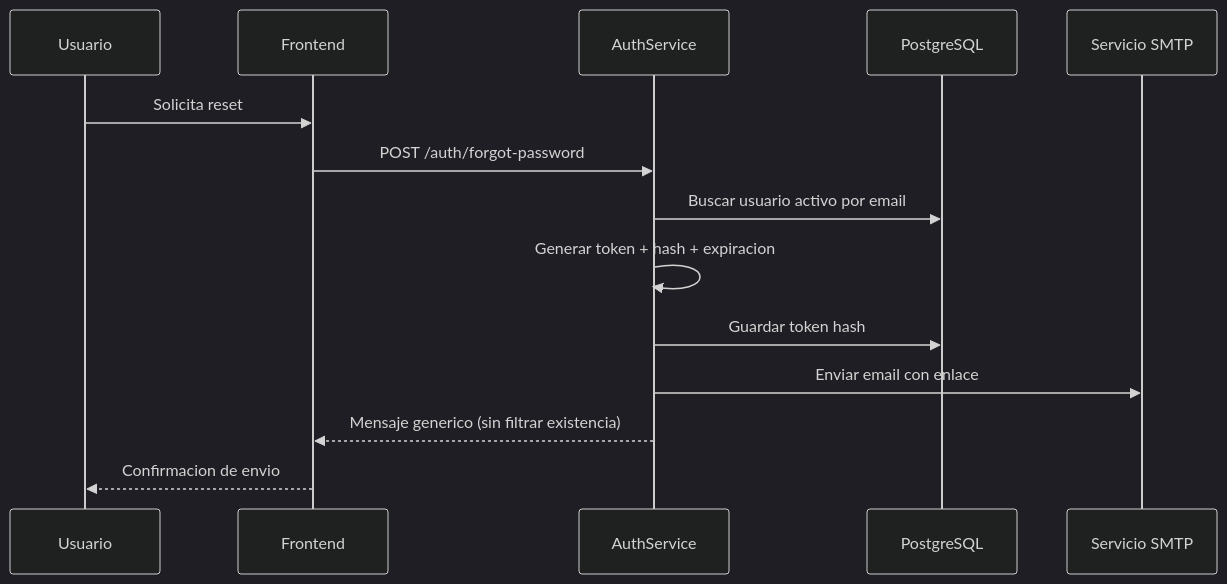
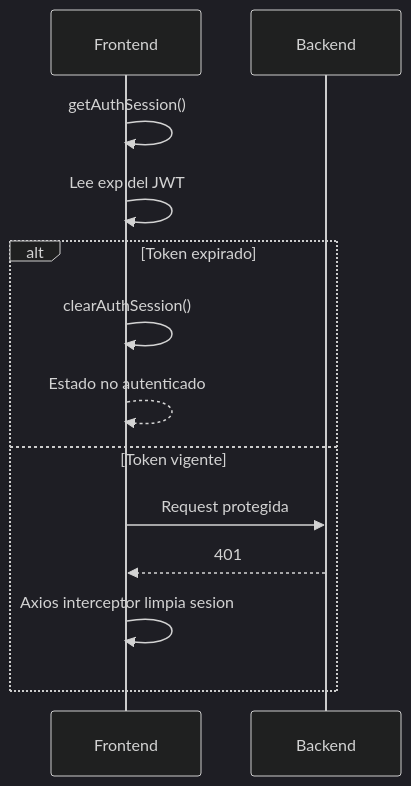
Before and after one commit to RoockDev/proyecto-proclade: the second of 5 diagrams in docs/02-architecture/02.4-runtime-flows.md, drawn with Mermaid (dark theme). The commit also changed other lines of this file and 37 other files, not shown here.

````diff
--- a/docs/02-architecture/02.4-runtime-flows.md
+++ b/docs/02-architecture/02.4-runtime-flows.md
@@ -24,17 +24,16 @@
 ```mermaid
 sequenceDiagram
-  participant U as Usuario
   participant FE as Frontend
-  participant API as AuthService
-  participant DB as PostgreSQL
-  participant SMTP as Servicio SMTP
+  participant API as Backend
 
-  U->>FE: Solicita reset
-  FE->>API: POST /auth/forgot-password
-  API->>DB: Buscar usuario activo por email
-  API->>API: Generar token + hash + expiracion
-  API->>DB: Guardar token hash
-  API->>SMTP: Enviar email con enlace
-  API-->>FE: Mensaje generico (sin filtrar existencia)
-  FE-->>U: Confirmacion de envio
+  FE->>FE: getAuthSession()
+  FE->>FE: Lee exp del JWT
+  alt Token expirado
+    FE->>FE: clearAuthSession()
+    FE-->>FE: Estado no autenticado
+  else Token vigente
+    FE->>API: Request protegida
+    API-->>FE: 401
+    FE->>FE: Axios interceptor limpia sesion
+  end
 ```
````
